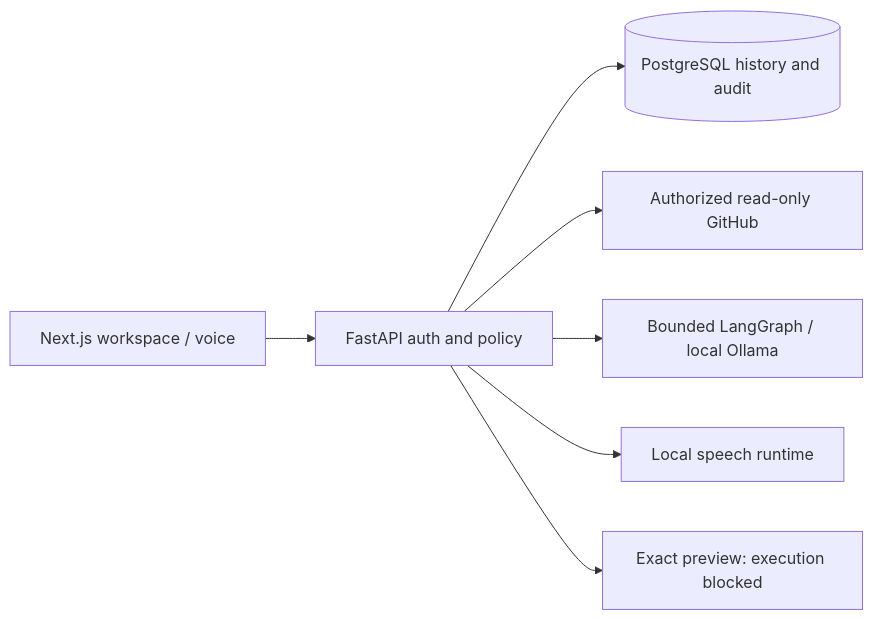
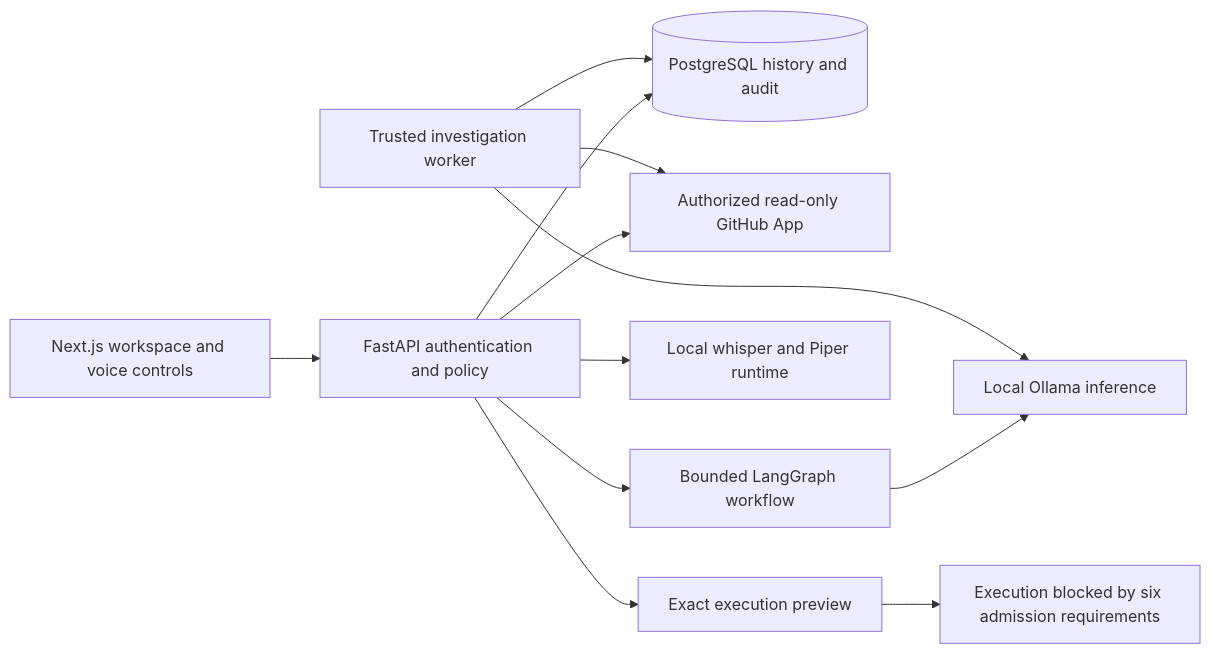
Before and after one commit to Shyamsundar0606/CodeMate-AI: the diagram in README.md, drawn with Mermaid. The commit also changed other lines of this file, not shown here.

````diff
--- a/README.md
+++ b/README.md
@@ -33,9 +75,14 @@
 ```mermaid
 flowchart LR
-    UI[Next.js workspace / voice] --> API[FastAPI auth and policy]
+    UI[Next.js workspace and voice controls] --> API[FastAPI authentication and policy]
     API --> DB[(PostgreSQL history and audit)]
-    API --> GitHub[Authorized read-only GitHub]
-    API --> AI[Bounded LangGraph / local Ollama]
-    API --> Speech[Local speech runtime]
-    API --> Preview[Exact preview: execution blocked]
+    API --> GitHub[Authorized read-only GitHub App]
+    API --> Graph[Bounded LangGraph workflow]
+    Graph --> Ollama[Local Ollama inference]
+    Worker[Trusted investigation worker] --> DB
+    Worker --> GitHub
+    Worker --> Ollama
+    API --> Speech[Local whisper and Piper runtime]
+    API --> Preview[Exact execution preview]
+    Preview --> Gate[Execution blocked by six admission requirements]
 ```
````
